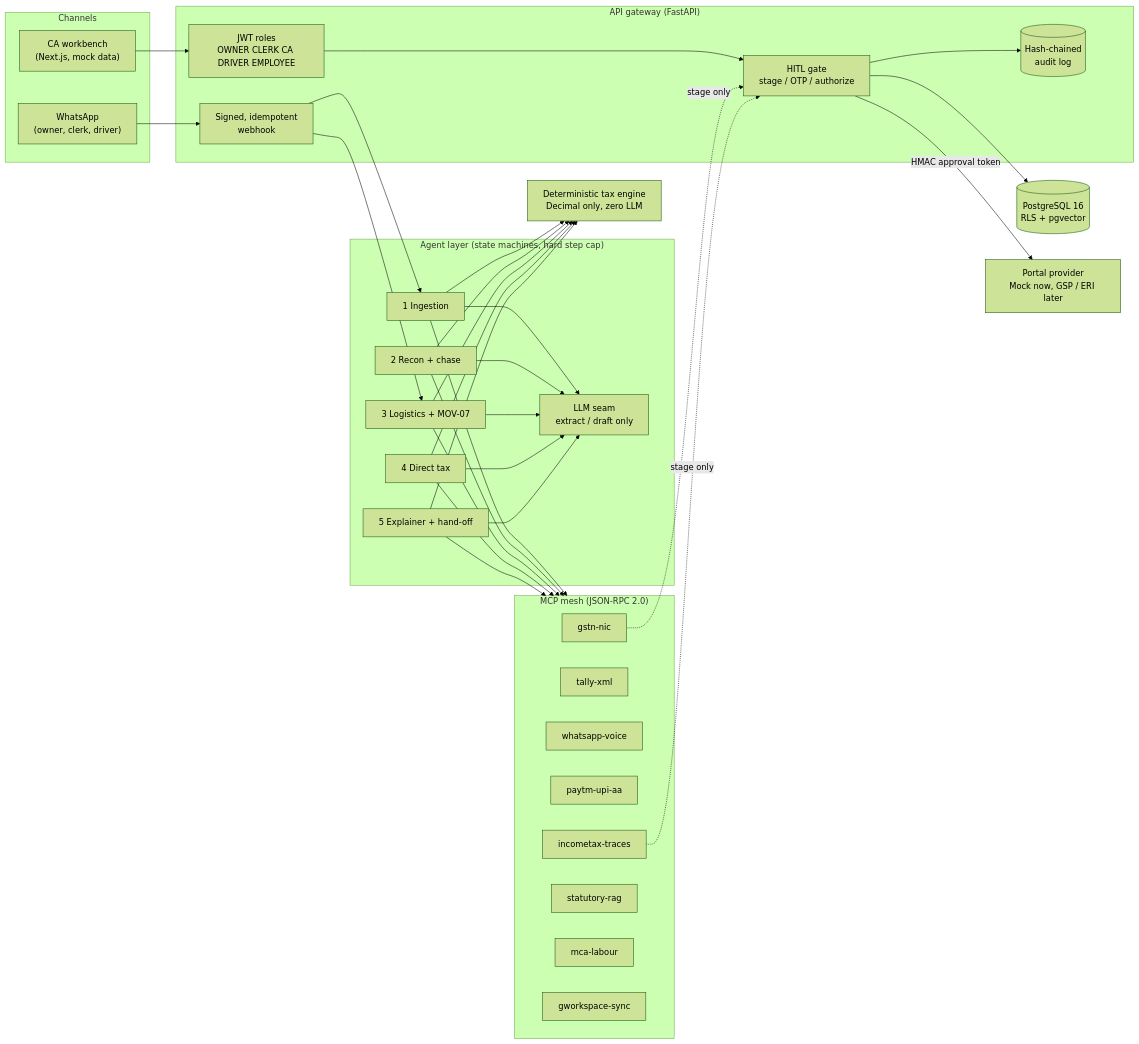
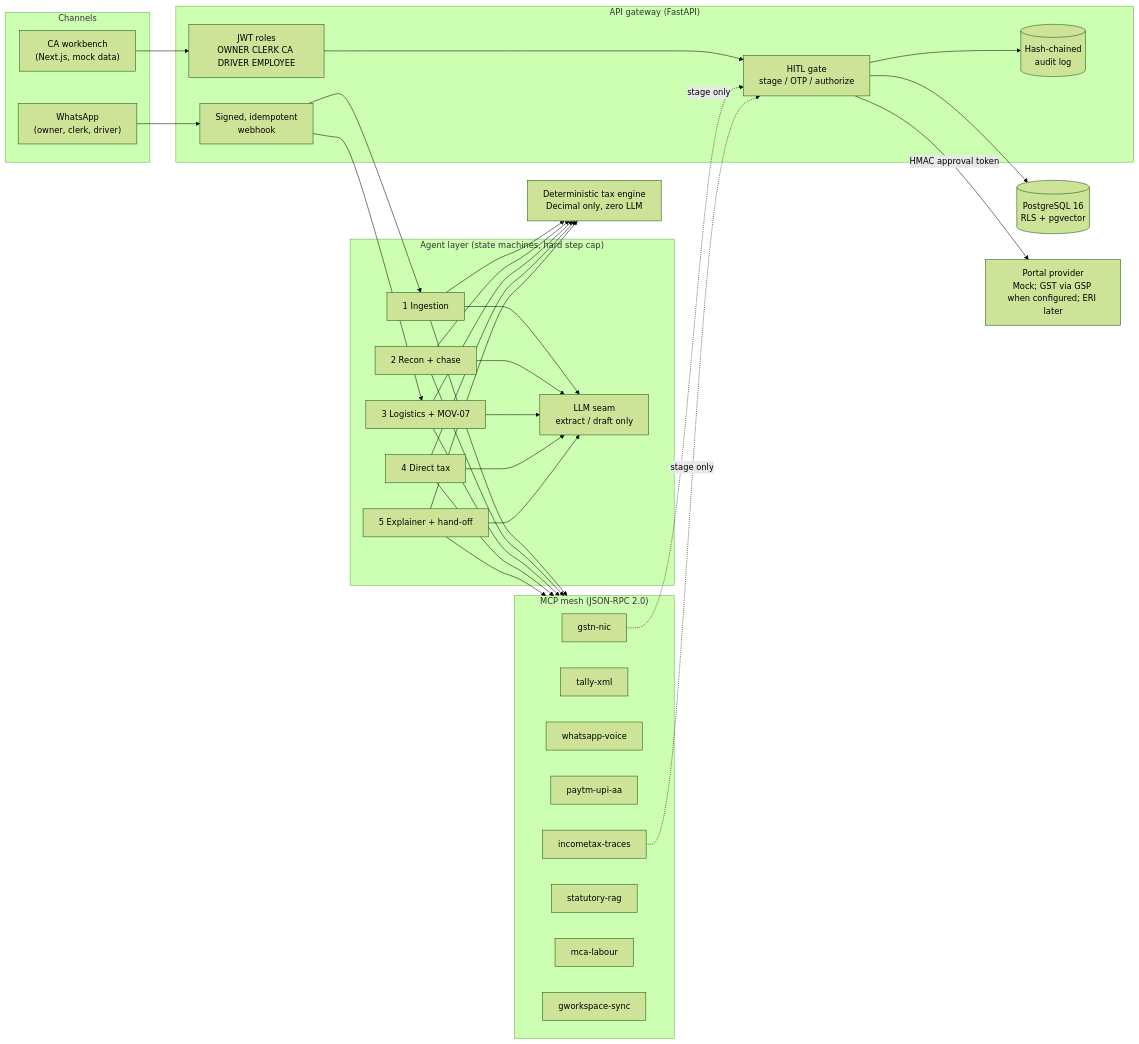
Before and after one commit to loktrishal-05/Kosh-AI: the first of 6 diagrams in README.md, drawn with Mermaid (forest theme). The commit also changed other lines of this file and 10 other files, not shown here.

Commit message:
feat(portal): live GST access through a GSP (OTP login, RETSAVE drafts, never files), tenant-bound sessions, simulator tests; ERI documented as not buildable without registration

````diff
--- a/README.md
+++ b/README.md
@@ -62,48 +62,48 @@
 ```mermaid
 flowchart LR
   subgraph Channels
     WA["WhatsApp<br/>(owner, clerk, driver)"]
     CA["CA workbench<br/>(Next.js, mock data)"]
   end
 
   subgraph Edge["API gateway (FastAPI)"]
     WH["Signed, idempotent<br/>webhook"]
     JWT["JWT roles<br/>OWNER CLERK CA DRIVER EMPLOYEE"]
     GATE["HITL gate<br/>stage / OTP / authorize"]
     AUD[("Hash-chained<br/>audit log")]
   end
 
   subgraph Brain["Agent layer (state machines, hard step cap)"]
     A1["1 Ingestion"]
     A2["2 Recon + chase"]
     A3["3 Logistics + MOV-07"]
     A4["4 Direct tax"]
     A5["5 Explainer + hand-off"]
     LLM["LLM seam<br/>extract / draft only"]
   end
 
   subgraph Mesh["MCP mesh (JSON-RPC 2.0)"]
     M1["gstn-nic"]
     M2["tally-xml"]
     M3["whatsapp-voice"]
     M4["paytm-upi-aa"]
     M5["incometax-traces"]
     M6["statutory-rag"]
     M7["mca-labour"]
     M8["gworkspace-sync"]
   end
 
   ENG["Deterministic tax engine<br/>Decimal only, zero LLM"]
   PG[("PostgreSQL 16<br/>RLS + pgvector")]
-  PORTAL["Portal provider<br/>Mock now, GSP / ERI later"]
+  PORTAL["Portal provider<br/>Mock; GST via GSP when configured; ERI later"]
 
   WA --> WH --> A1 & A3
   CA --> JWT --> GATE
   A1 & A2 & A3 & A4 & A5 --> LLM
   A1 & A2 & A3 & A4 & A5 --> ENG
   A1 & A2 & A3 & A4 & A5 --> Mesh
   M1 & M5 -. "stage only" .-> GATE
   GATE --> AUD
   GATE -- "HMAC approval token" --> PORTAL
   GATE --> PG
 ```
````
